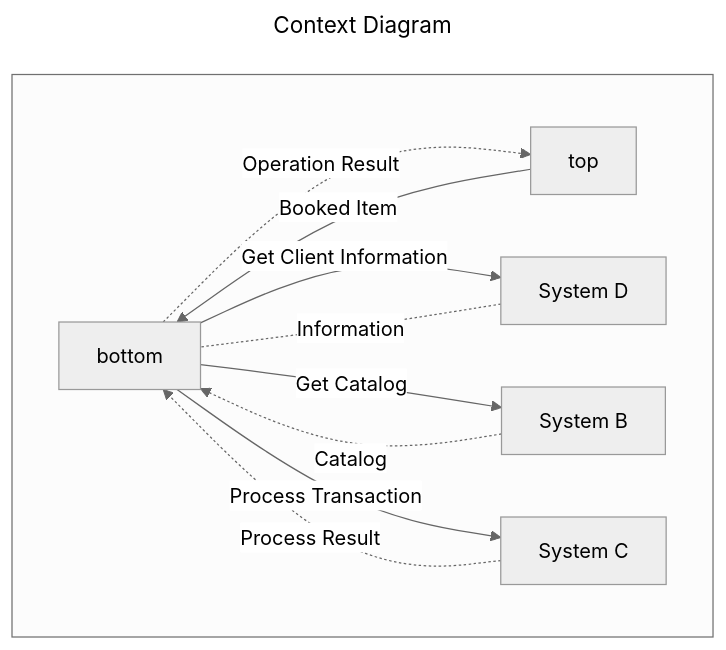
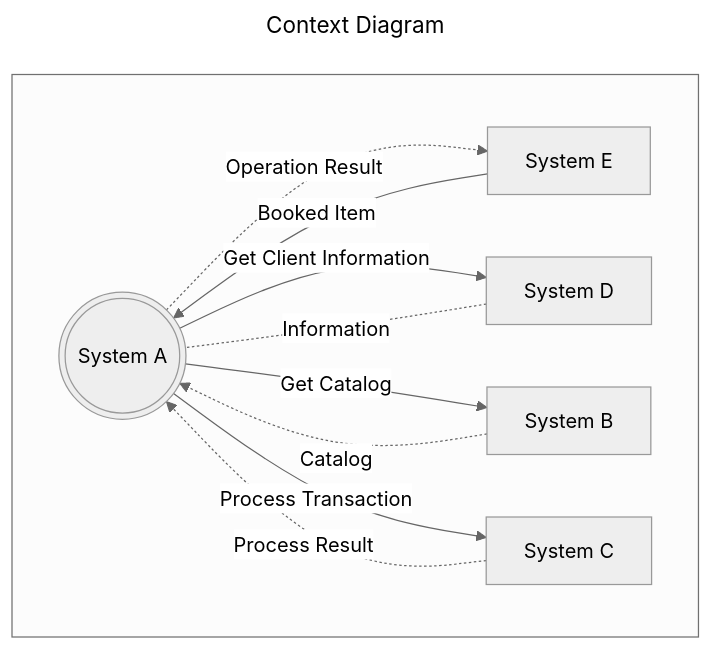
The third of 3 diagrams in mermaid_diagrams.md (Kuziomkin/diagrams), drawn with Mermaid before and after one commit.

````diff
--- a/mermaid_diagrams.md
+++ b/mermaid_diagrams.md
@@ -42,30 +42,30 @@
 ```mermaid
 ---
 title: Context Diagram
 config:
   layout: dagre
   look: classic
   theme: neutral
 ---
     flowchart TD
         %% define components
         A(((System A)))
         B[System B]
         C[System C]
         D[System D]
         E[System E]
 
         subgraph " "
             direction LR
             %% define relationships
-            E[top] -- Booked Item --> A[bottom]
+            E -- Booked Item --> A
             A -.Operation Result.-> E
             A --Get Client Information--> D
             D -.Information.- A
             A -- Get Catalog--> B
             B -. Catalog .-> A
             A --Process Transaction--> C
             C -.Process Result.->A
         end
 
 ```
````
